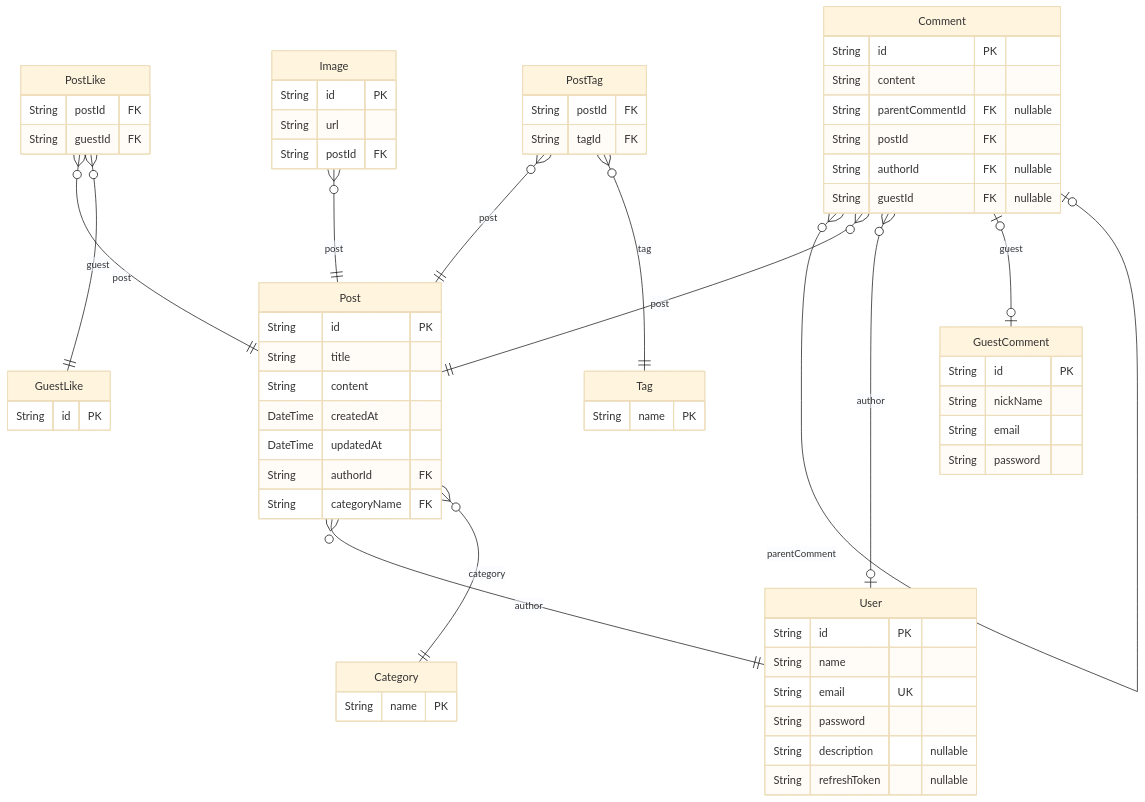
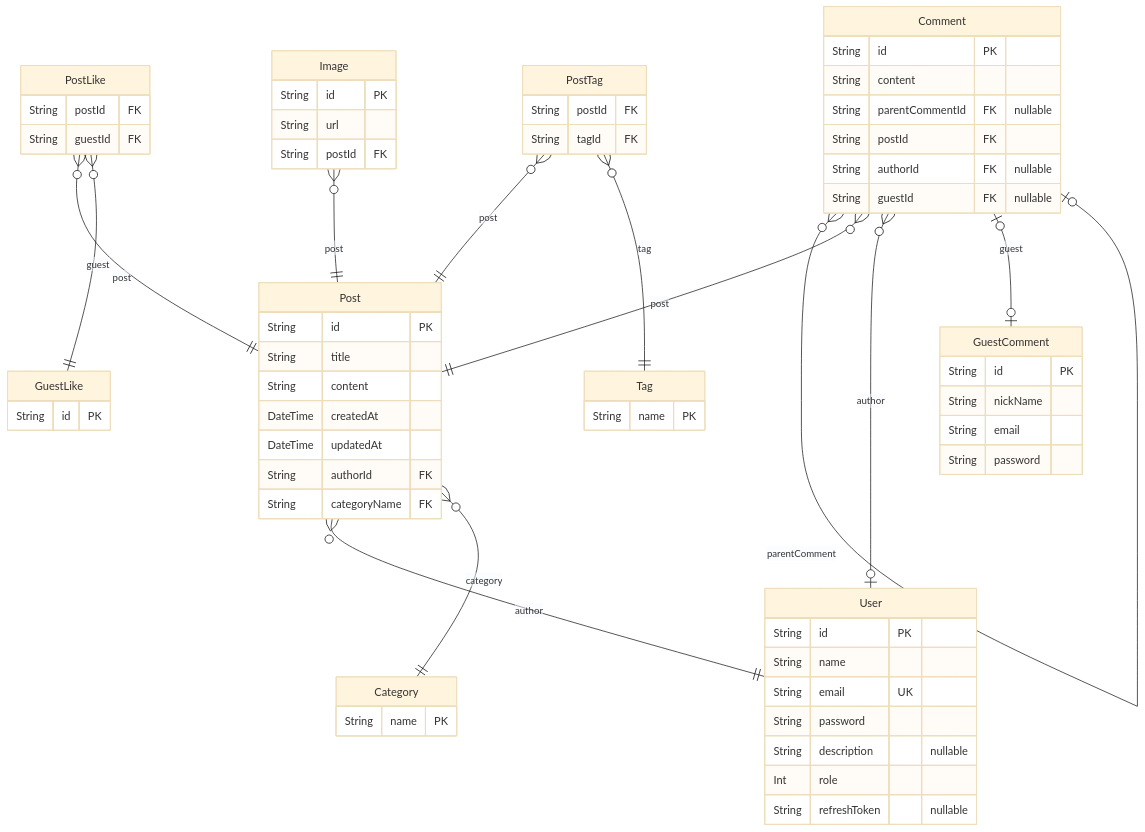
The diagram in prisma/ERD.md (JongDeug/blog-backend), drawn with Mermaid (base theme) before and after one commit. The commit also changed other lines of this file and 12 other files, not shown here.

````diff
--- a/prisma/ERD.md
+++ b/prisma/ERD.md
@@ -7,67 +7,68 @@
 ```mermaid
 erDiagram
 "User" {
   String id PK
   String name
   String email UK
   String password
   String description "nullable"
+  Int role
   String refreshToken "nullable"
 }
 "GuestLike" {
   String id PK
 }
 "GuestComment" {
   String id PK
   String nickName
   String email
   String password
 }
 "PostLike" {
   String postId FK
   String guestId FK
 }
 "Post" {
   String id PK
   String title
   String content
   DateTime createdAt
   DateTime updatedAt
   String authorId FK
   String categoryName FK
 }
 "Tag" {
   String name PK
 }
 "PostTag" {
   String postId FK
   String tagId FK
 }
 "Image" {
   String id PK
   String url
   String postId FK
 }
 "Category" {
   String name PK
 }
 "Comment" {
   String id PK
   String content
   String parentCommentId FK "nullable"
   String postId FK
   String authorId FK "nullable"
   String guestId FK "nullable"
 }
 "PostLike" }o--|| "Post" : post
 "PostLike" }o--|| "GuestLike" : guest
 "Post" }o--|| "User" : author
 "Post" }o--|| "Category" : category
 "PostTag" }o--|| "Post" : post
 "PostTag" }o--|| "Tag" : tag
 "Image" }o--|| "Post" : post
 "Comment" }o--o| "Comment" : parentComment
 "Comment" }o--|| "Post" : post
 "Comment" }o--o| "User" : author
 "Comment" |o--o| "GuestComment" : guest
 ```
````
